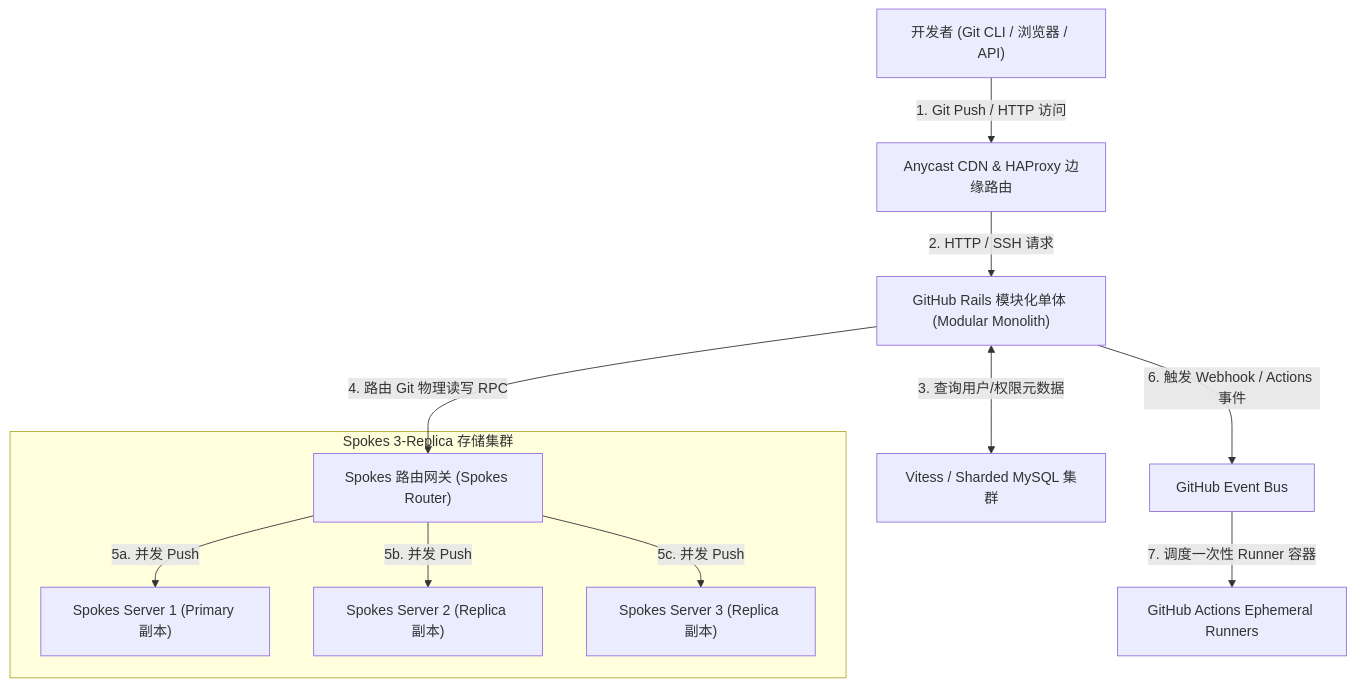
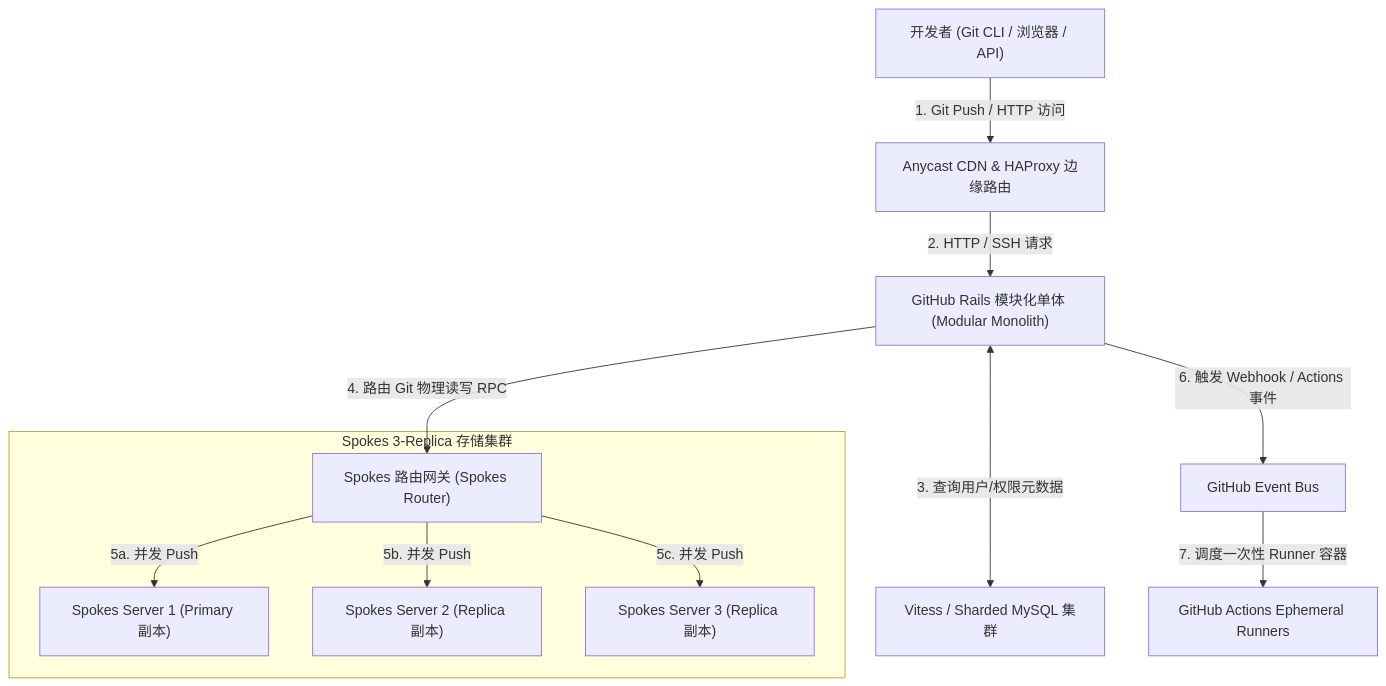
Before and after one commit to koosai/AI-Architect-Learning: the first of 6 diagrams in docs/atlas/github.mdx, drawn with Mermaid. The commit also changed other lines of this file and 68 other files, not shown here.

Commit message:
fix(atlas): fix browser client-side Mermaid rendering for mindmaps and flowcharts across 67 case studies

````diff
--- a/docs/atlas/github.mdx
+++ b/docs/atlas/github.mdx
@@ -47,17 +47,17 @@
 ```mermaid
 graph TD
   UserApp["开发者 (Git CLI / 浏览器 / API)"] -->|1. Git Push / HTTP 访问| EdgeRouter["Anycast CDN & HAProxy 边缘路由"]
   EdgeRouter -->|2. HTTP / SSH 请求| RailsMonolith["GitHub Rails 模块化单体 (Modular Monolith)"]
   
-  RailsMonolith <-->|3. 查询用户/权限元数据| VitessMySQL["Vitess / Sharded MySQL 集群"]
+  RailsMonolith <--->|3. 查询用户/权限元数据| VitessMySQL["Vitess / Sharded MySQL 集群"]
   RailsMonolith -->|4. 路由 Git 物理读写 RPC| SpokesGateway["Spokes 路由网关 (Spokes Router)"]
   
   subgraph SpokesCluster["Spokes 3-Replica 存储集群"]
     SpokesGateway -->|5a. 并发 Push| PrimaryNode["Spokes Server 1 (Primary 副本)"]
     SpokesGateway -->|5b. 并发 Push| SecNode1["Spokes Server 2 (Replica 副本)"]
     SpokesGateway -->|5c. 并发 Push| SecNode2["Spokes Server 3 (Replica 副本)"]
   end
 
   RailsMonolith -->|6. 触发 Webhook / Actions 事件| EventBus["GitHub Event Bus"]
   EventBus -->|7. 调度一次性 Runner 容器| ActionRunners["GitHub Actions Ephemeral Runners"]
 ```
````
